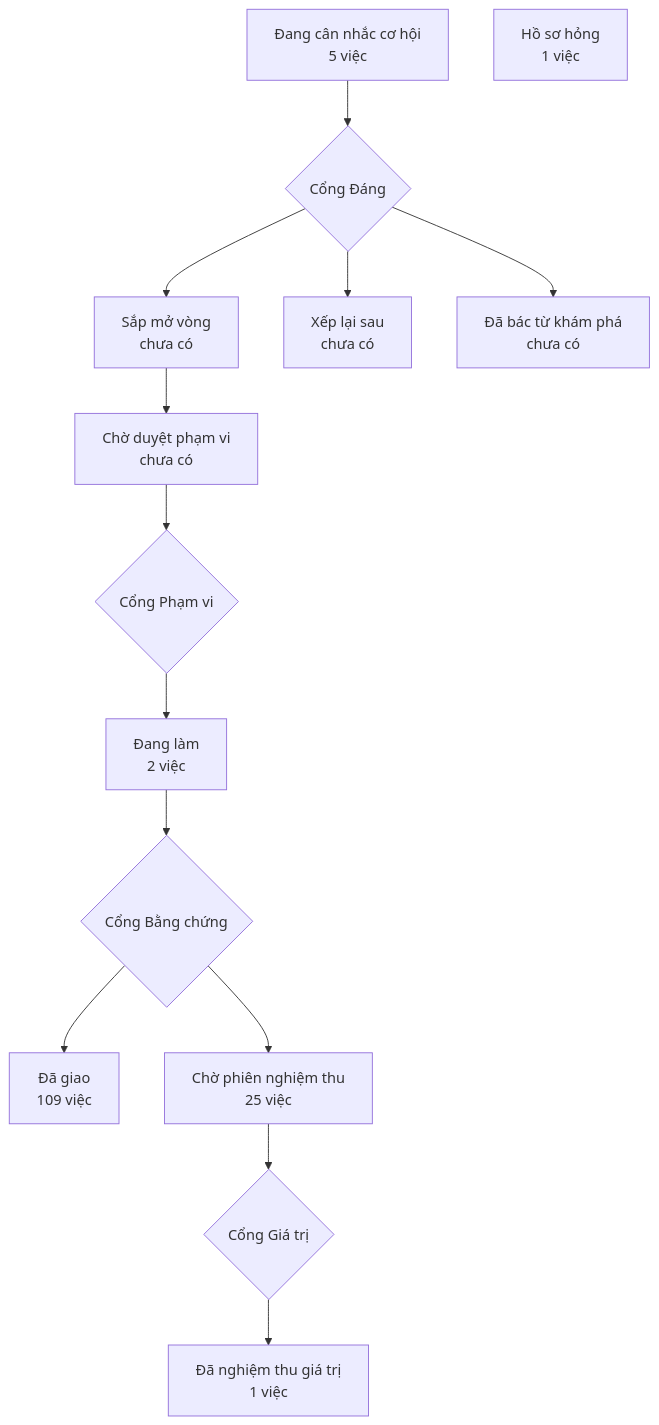
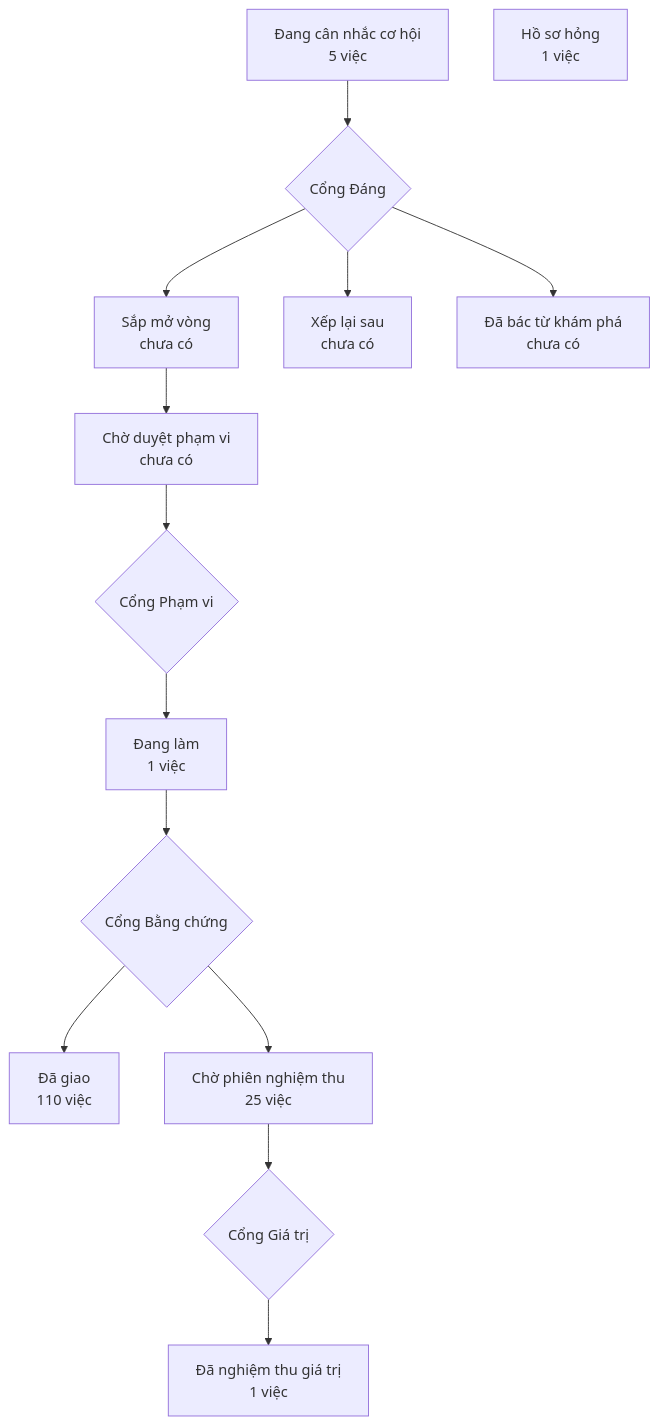
The diagram in PRODUCT-MAP.md (phanlemanh/crm-onehub), drawn with Mermaid before and after one commit. The commit also changed 3 other files, not shown here.

````diff
--- a/PRODUCT-MAP.md
+++ b/PRODUCT-MAP.md
@@ -6,13 +6,13 @@
 ```mermaid
 flowchart TD
   A["Đang cân nhắc cơ hội<br/>5 việc"] --> GD{"Cổng Đáng"}
   GD --> B["Sắp mở vòng<br/>chưa có"]
   GD --> XL["Xếp lại sau<br/>chưa có"]
   GD --> DB["Đã bác từ khám phá<br/>chưa có"]
   B --> CD["Chờ duyệt phạm vi<br/>chưa có"] --> GP{"Cổng Phạm vi"}
-  GP --> DL["Đang làm<br/>2 việc"] --> GB{"Cổng Bằng chứng"}
-  GB --> DG["Đã giao<br/>109 việc"]
+  GP --> DL["Đang làm<br/>1 việc"] --> GB{"Cổng Bằng chứng"}
+  GB --> DG["Đã giao<br/>110 việc"]
   GB --> CN["Chờ phiên nghiệm thu<br/>25 việc"] --> GG{"Cổng Giá trị"}
   GG --> NT["Đã nghiệm thu giá trị<br/>1 việc"]
   HS["Hồ sơ hỏng<br/>1 việc"]
 ```
````
